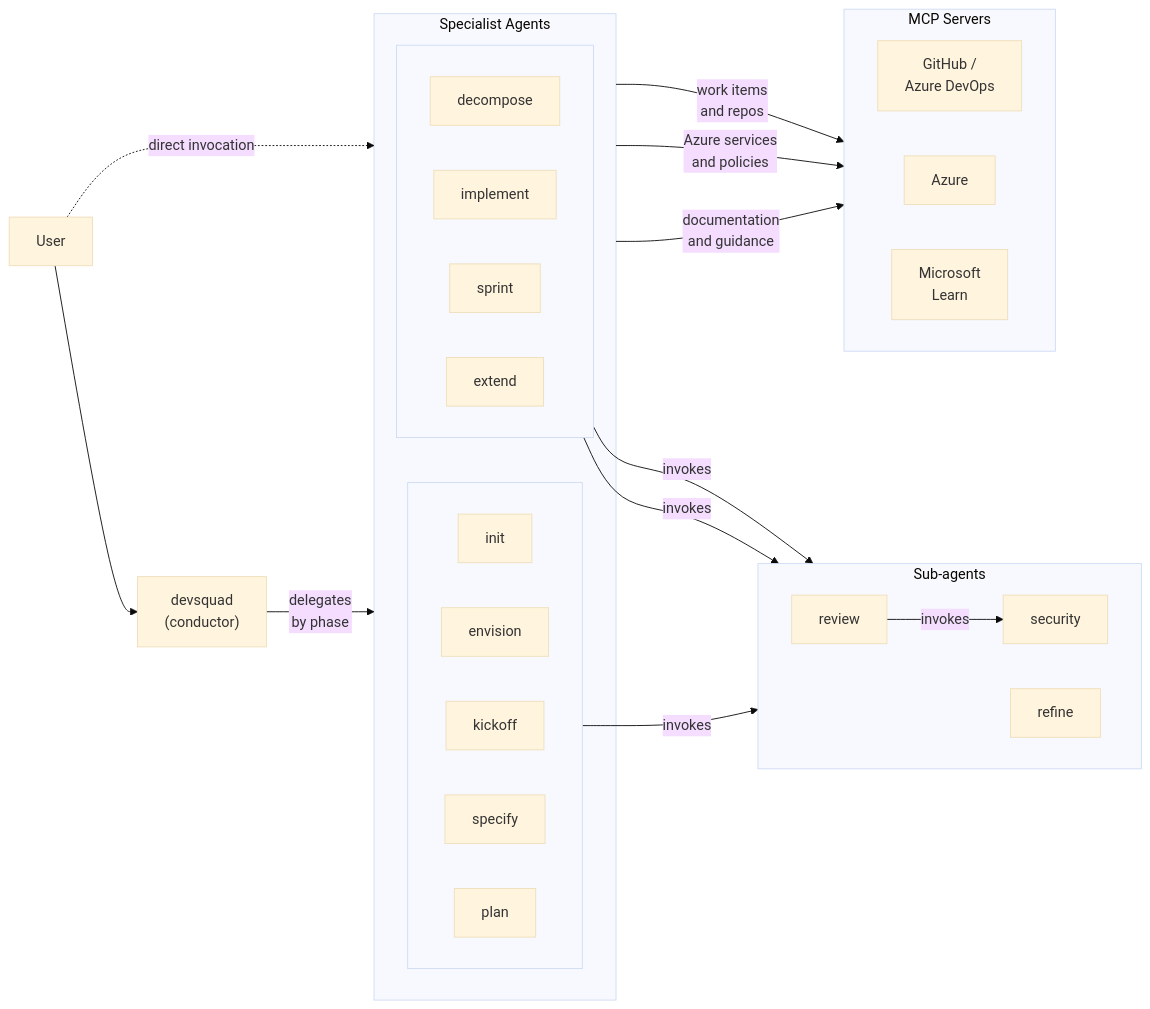
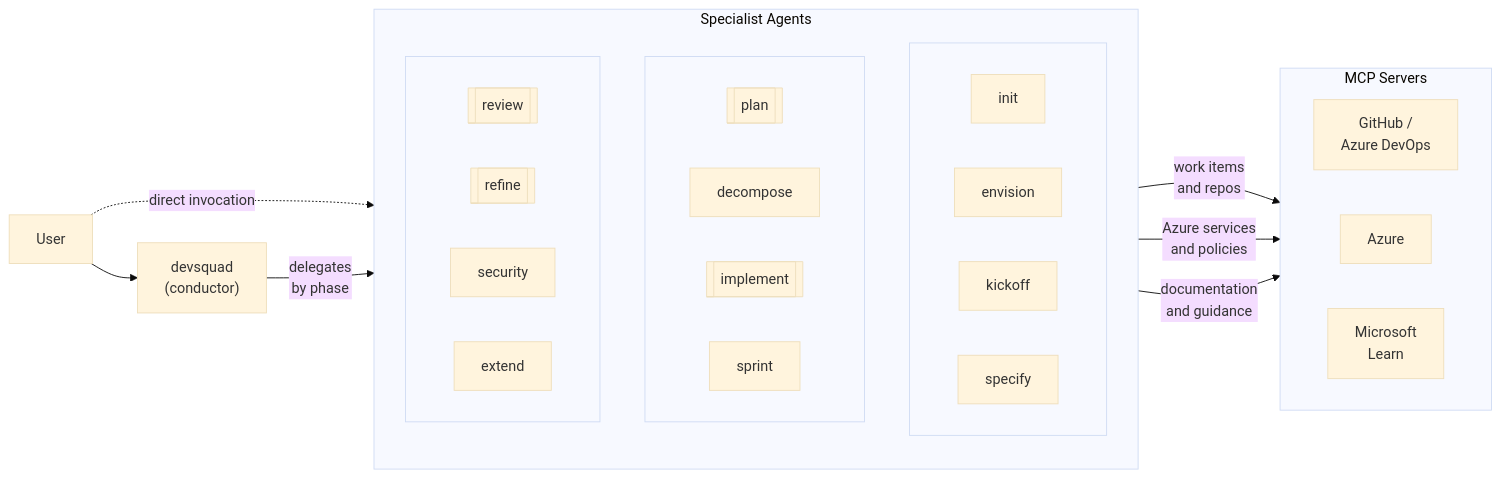
One commit to microsoft/devsquad-copilot changed the first of 9 diagrams in docs/framework/README.md. Above: the diagram before and after it, drawn with Mermaid (base theme). The commit also changed other lines of this file and 27 other files, not shown here.

First line of the commit message:
feat: nested sub-agent architecture (ADR 0012)

````diff
--- a/docs/framework/README.md
+++ b/docs/framework/README.md
@@ -33,48 +35,42 @@
 ```mermaid
 flowchart LR
     user["User"] --> conductor["devsquad<br>(conductor)"]
     user -.->|"direct invocation"| agents
 
     conductor -->|"delegates<br/>by phase"| agents
 
     subgraph agents["Specialist Agents"]
         subgraph agents-row1[" "]
             direction LR
             init["init"]
             envision["envision"]
             kickoff["kickoff"]
             specify["specify"]
-            plan["plan"]
         end
         subgraph agents-row2[" "]
             direction LR
+            plan[["plan"]]
             decompose["decompose"]
-            implement["implement"]
+            implement[["implement"]]
             sprint["sprint"]
+        end
+        subgraph agents-row3[" "]
+            direction LR
+            review[["review"]]
+            refine[["refine"]]
+            security["security"]
             extend["extend"]
         end
-    end
-
-    plan -->|"invokes"| security
-    implement -->|"invokes"| review
-    review -->|"invokes"| security
-    sprint -->|"invokes"| refine
-
-    subgraph subagents["Sub-agents"]
-        direction LR
-        security["security"]
-        review["review"]
-        refine["refine"]
     end
 
     agents -->|"work items<br/>and repos"| github-ado
     agents -->|"Azure services<br/>and policies"| azure
     agents -->|"documentation<br/>and guidance"| learn
 
     subgraph mcp["MCP Servers"]
         direction LR
         github-ado["GitHub /<br/>Azure DevOps"]
         learn["Microsoft<br/>Learn"]
         azure["Azure"]
     end
 ```
````
